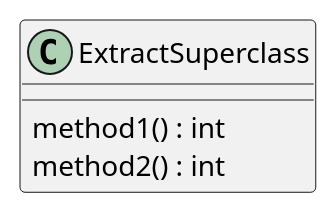
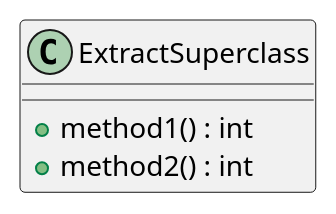
The diagram in uml/Before/Extract/ExtractSuperclass.puml (claremacrae/RefactoringSamples), drawn with PlantUML before and after one commit. The commit also changed 9 other files, not shown here.

```diff
--- a/uml/Before/Extract/ExtractSuperclass.puml
+++ b/uml/Before/Extract/ExtractSuperclass.puml
@@ -1,6 +1,6 @@
 @startuml
 class ExtractSuperclass {
-    method1() : int
-    method2() : int
+    + method1() : int
+    + method2() : int
 }
 @enduml
```
